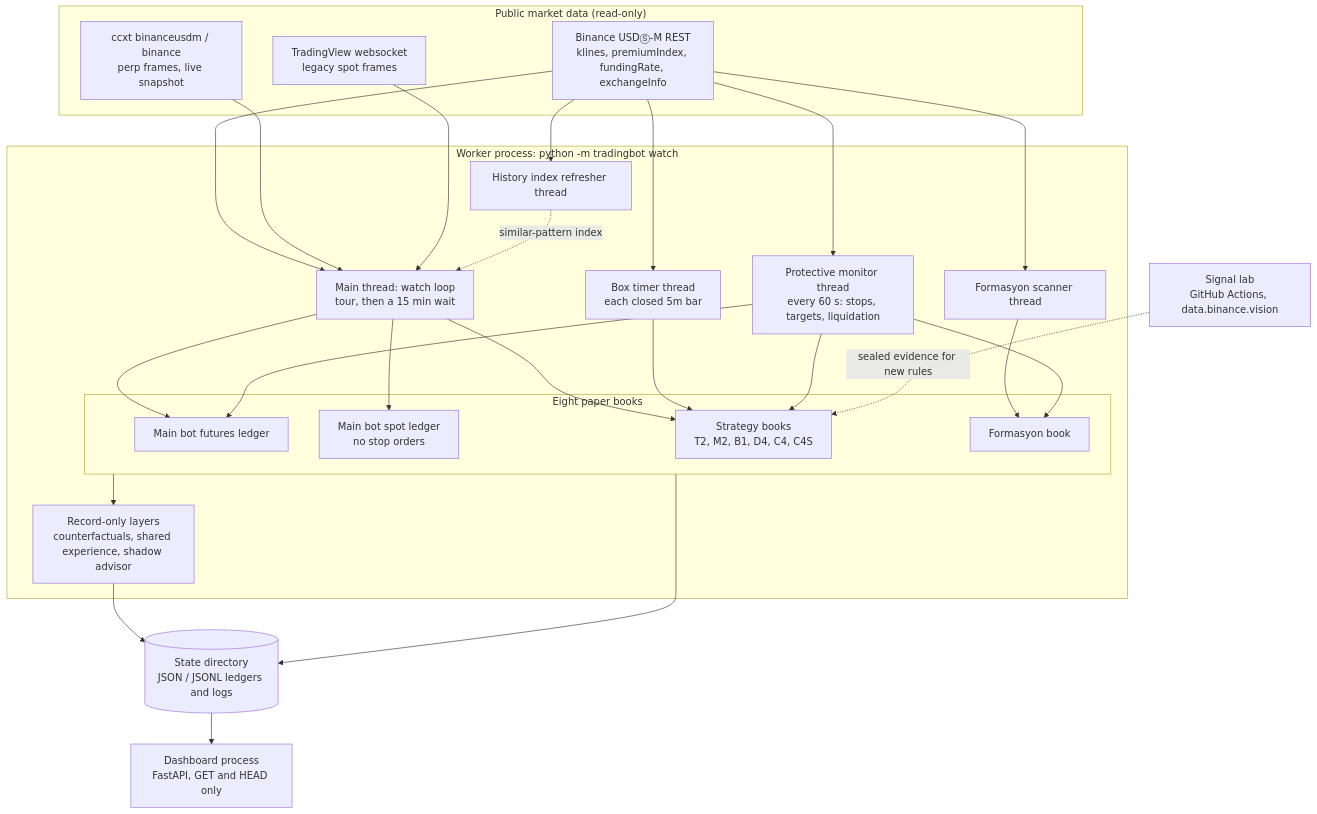
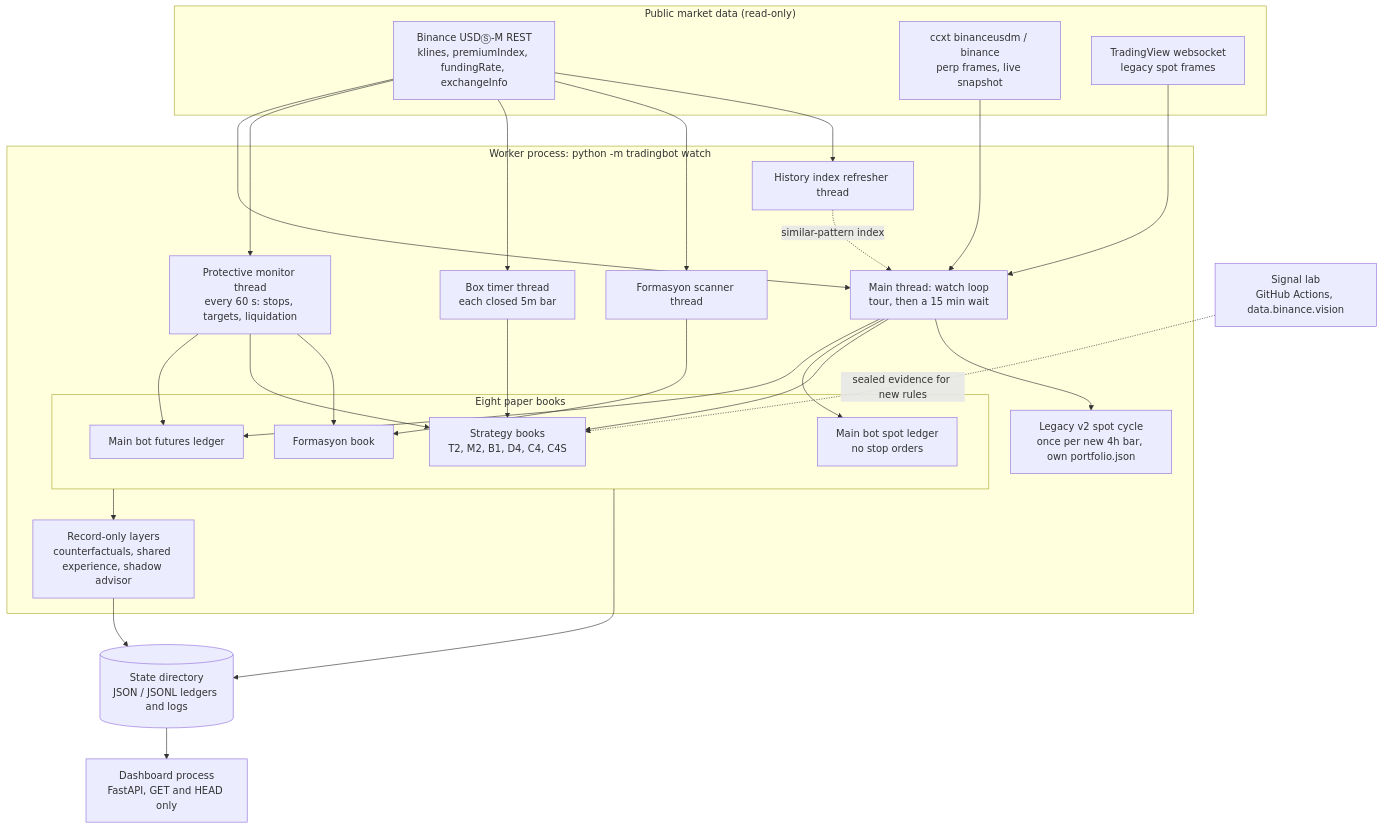
Before and after one commit to CoskunerBerke/trading2: the first of 7 diagrams in docs/HOW_IT_WORKS.md, drawn with Mermaid. The commit also changed other lines of this file, not shown here.

First line of the commit message:
docs: describe the legacy v2 spot portfolio, the p_win prior and the Box location rule exactly

````diff
--- a/docs/HOW_IT_WORKS.md
+++ b/docs/HOW_IT_WORKS.md
@@ -84,47 +86,49 @@
 ```mermaid
 flowchart TB
     subgraph EXT["Public market data (read-only)"]
         FAPI["Binance USDⓈ-M REST<br/>klines, premiumIndex, fundingRate, exchangeInfo"]
         CCXT["ccxt binanceusdm / binance<br/>perp frames, live snapshot"]
         TVW["TradingView websocket<br/>legacy spot frames"]
     end
     subgraph WORKER["Worker process: python -m tradingbot watch"]
         LOOP["Main thread: watch loop<br/>tour, then a 15 min wait"]
         PM["Protective monitor thread<br/>every 60 s: stops, targets, liquidation"]
         BOX["Box timer thread<br/>each closed 5m bar"]
         SCAN["Formasyon scanner thread"]
         IDX["History index refresher thread"]
         subgraph BOOKS["Eight paper books"]
             MAIN["Main bot futures ledger"]
             MSPOT["Main bot spot ledger<br/>no stop orders"]
             SB["Strategy books<br/>T2, M2, B1, D4, C4, C4S"]
             PT["Formasyon book"]
         end
+        LEG["Legacy v2 spot cycle<br/>once per new 4h bar, own portfolio.json"]
         REC["Record-only layers<br/>counterfactuals, shared experience, shadow advisor"]
     end
     STATE[("State directory<br/>JSON / JSONL ledgers and logs")]
     DASH["Dashboard process<br/>FastAPI, GET and HEAD only"]
     LAB["Signal lab<br/>GitHub Actions, data.binance.vision"]
 
     FAPI --> LOOP
     CCXT --> LOOP
     TVW --> LOOP
     FAPI --> PM
     FAPI --> BOX
     FAPI --> SCAN
     FAPI --> IDX
     IDX -. "similar-pattern index" .-> LOOP
     LOOP --> MAIN
     LOOP --> MSPOT
     LOOP --> SB
+    LOOP --> LEG
     BOX --> SB
     SCAN --> PT
     PM --> MAIN
     PM --> SB
     PM --> PT
     BOOKS --> REC
     BOOKS --> STATE
     REC --> STATE
     STATE --> DASH
     LAB -. "sealed evidence for new rules" .-> SB
 ```
````
